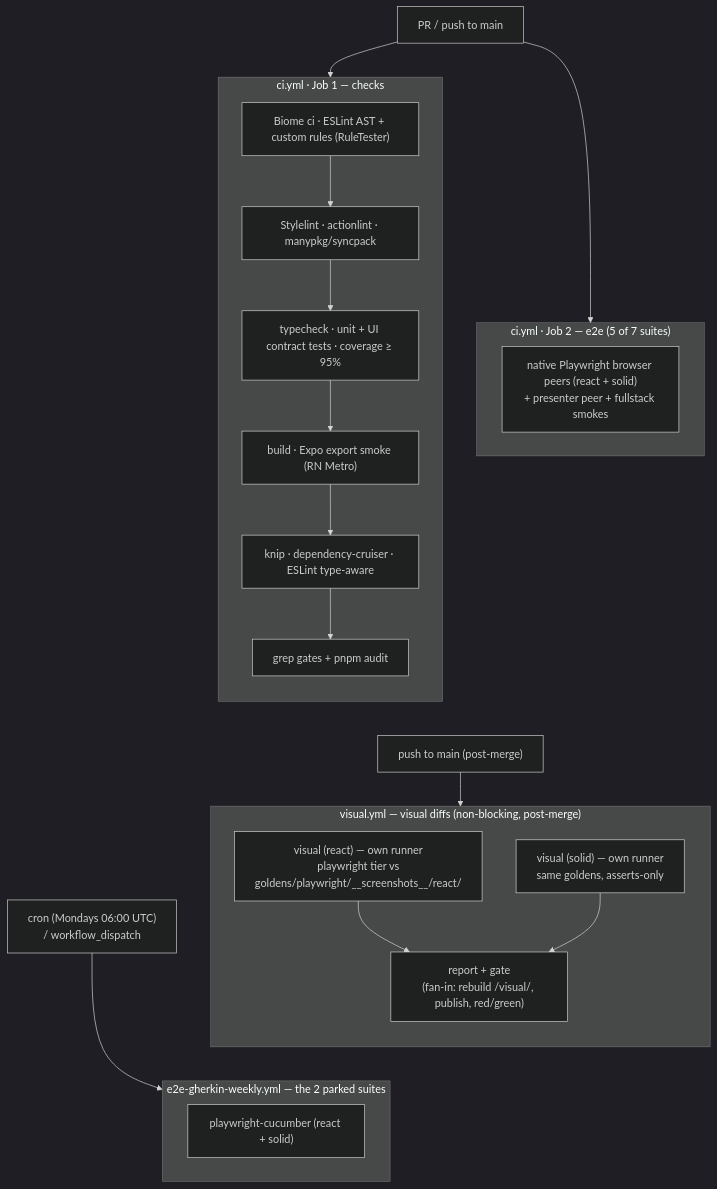
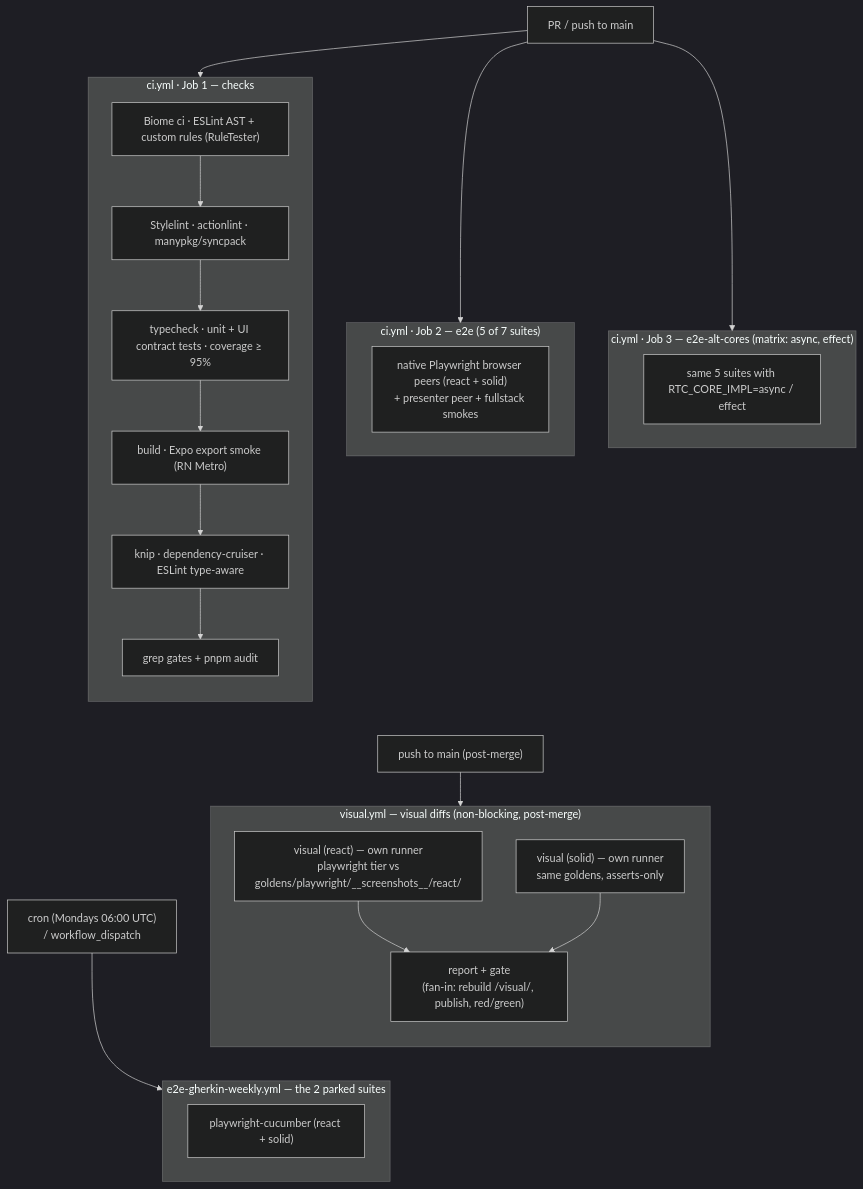
The diagram in docs/architecture/09-test-strategy.md (bettersoftware-io/ReactiveTraderCloudClone), drawn with Mermaid (dark theme) before and after one commit. The commit also changed other lines of this file and 1 other file, not shown here.

First line of the commit message:
docs(testing): three CI jobs, RN visual tier, ui-contract location, alt-core e2e

````diff
--- a/docs/architecture/09-test-strategy.md
+++ b/docs/architecture/09-test-strategy.md
@@ -469,36 +471,41 @@
 ```mermaid
 flowchart TD
     trigger["PR / push to main"]
     trigger --> checks
     trigger --> e2e
+    trigger --> alt
     subgraph checks["ci.yml · Job 1 — checks"]
         direction TB
         c1["Biome ci · ESLint AST + custom rules (RuleTester)"]
         c1 --> c3["Stylelint · actionlint · manypkg/syncpack"]
         c3 --> c4["typecheck · unit + UI contract tests · coverage ≥ 95%"]
         c4 --> c6["build · Expo export smoke (RN Metro)"]
         c6 --> c7["knip · dependency-cruiser · ESLint type-aware"]
         c7 --> c8["grep gates + pnpm audit"]
     end
     subgraph e2e["ci.yml · Job 2 — e2e (5 of 7 suites)"]
         e1["native Playwright browser peers (react + solid)<br/>+ presenter peer + fullstack smokes"]
     end
+    subgraph alt["ci.yml · Job 3 — e2e-alt-cores (matrix: async, effect)"]
+        a1["same 5 suites with RTC_CORE_IMPL=async / effect"]
+    end
     checks ~~~ postmerge
     e2e ~~~ postmerge
+    alt ~~~ postmerge
     postmerge["push to main (post-merge)"]
     postmerge --> visual
     subgraph visual["visual.yml — visual diffs (non-blocking, post-merge)"]
         direction TB
         v1a["visual (react) — own runner<br/>playwright tier vs<br/>goldens/playwright/__screenshots__/react/"]
         v1b["visual (solid) — own runner<br/>same goldens, asserts-only"]
         v2["report + gate<br/>(fan-in: rebuild /visual/, publish, red/green)"]
         v1a --> v2
         v1b --> v2
     end
     cron["cron (Mondays 06:00 UTC)<br/>/ workflow_dispatch"]
     cron --> weekly
     subgraph weekly["e2e-gherkin-weekly.yml — the 2 parked suites"]
         w1["playwright-cucumber (react + solid)"]
     end
     visual ~~~ weekly
 ```
````
